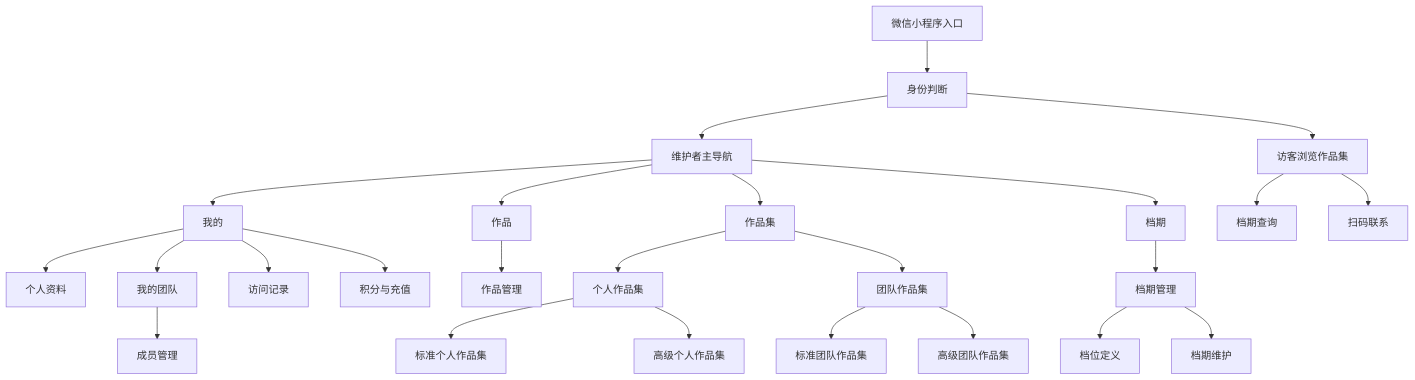
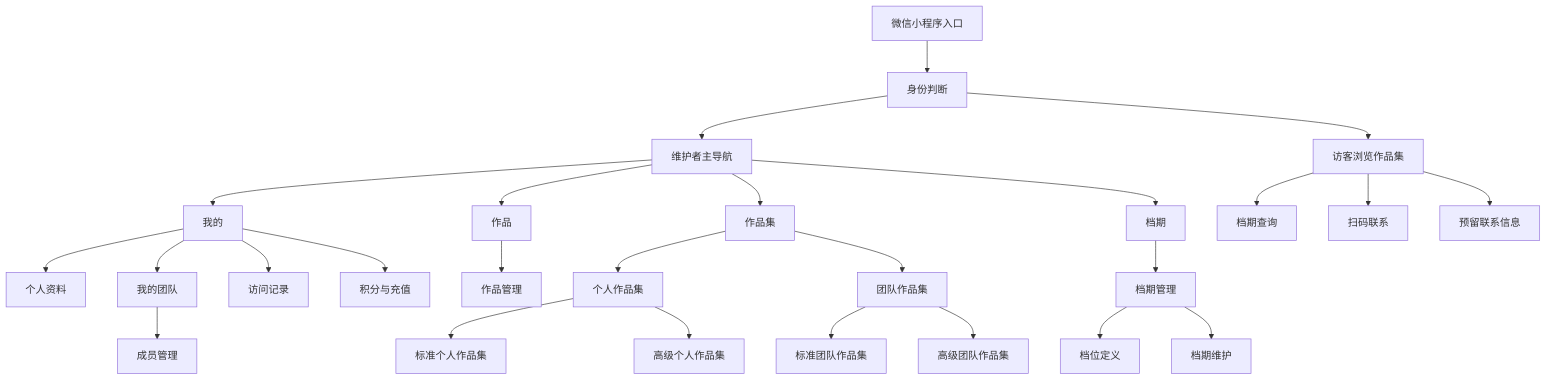
Before and after one commit to GodMime/WeFolio: the diagram in docs/PRD.md, drawn with Mermaid. The commit also changed other lines of this file and 1 other file, not shown here.

````diff
--- a/docs/PRD.md
+++ b/docs/PRD.md
@@ -288,27 +305,28 @@
 ```mermaid
 flowchart TD
   A["微信小程序入口"] --> B["身份判断"]
   B --> C["访客浏览作品集"]
   B --> D["维护者主导航"]
   D --> D1["我的"]
   D --> D2["作品"]
   D --> D3["作品集"]
   D --> D4["档期"]
   D1 --> E["个人资料"]
   D1 --> I["我的团队"]
   D1 --> J["访问记录"]
   D1 --> M["积分与充值"]
   D2 --> F["作品管理"]
   D3 --> H["个人作品集"]
   D3 --> I2["团队作品集"]
   D4 --> G["档期管理"]
   G --> G1["档位定义"]
   G --> G2["档期维护"]
   H --> H1["标准个人作品集"]
   H --> H2["高级个人作品集"]
   I --> I1["成员管理"]
   I2 --> I21["标准团队作品集"]
   I2 --> I22["高级团队作品集"]
   C --> K["档期查询"]
   C --> L["扫码联系"]
+  C --> N["预留联系信息"]
 ```
````
